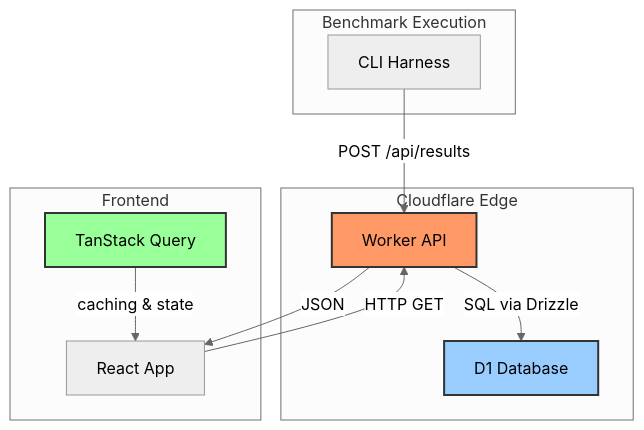
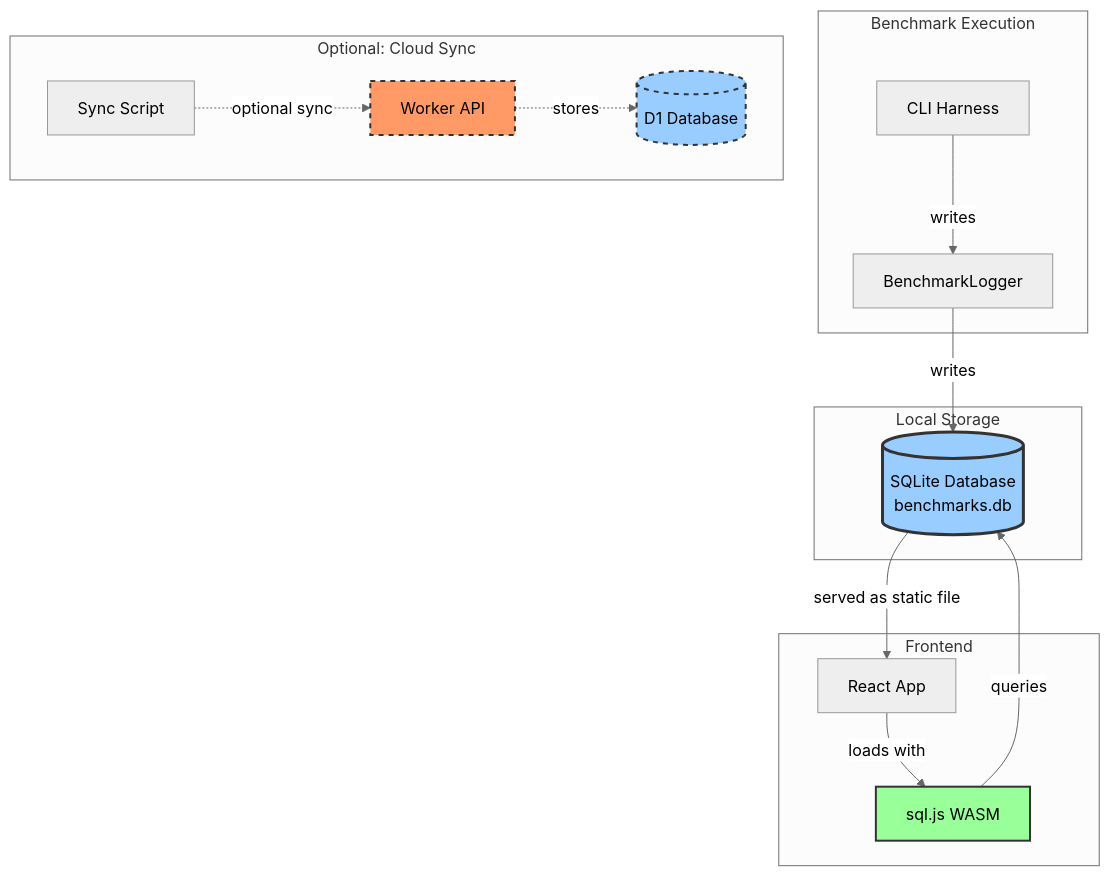
The first of 19 diagrams in ARCHITECTURE.md (ZephyrCloudIO/ze-benchmarks), drawn with Mermaid (neutral theme) before and after one commit. The commit also changed other lines of this file and 10 other files, not shown here.

````diff
--- a/ARCHITECTURE.md
+++ b/ARCHITECTURE.md
@@ -56,26 +36,36 @@
 ```mermaid
 graph TB
     subgraph "Benchmark Execution"
         A[CLI Harness]
+        B[BenchmarkLogger]
     end
 
-    subgraph "Cloudflare Edge"
-        B[Worker API]
-        C[D1 Database]
+    subgraph "Local Storage"
+        C[(SQLite Database<br/>benchmarks.db)]
     end
 
     subgraph "Frontend"
         D[React App]
-        E[TanStack Query]
+        E[sql.js WASM]
     end
 
-    A -->|POST /api/results| B
-    B -->|SQL via Drizzle| C
-    D -->|HTTP GET| B
-    B -->|JSON| D
-    E -->|caching & state| D
+    subgraph "Optional: Cloud Sync"
+        F[Worker API]
+        G[(D1 Database)]
+        H[Sync Script]
+    end
 
-    style B fill:#f96,stroke:#333,stroke-width:2px
-    style C fill:#9cf,stroke:#333,stroke-width:2px
+    A -->|writes| B
+    B -->|writes| C
+    C -->|served as static file| D
+    D -->|loads with| E
+    E -->|queries| C
+    
+    H -.->|optional sync| F
+    F -.->|stores| G
+
+    style C fill:#9cf,stroke:#333,stroke-width:3px
     style E fill:#9f9,stroke:#333,stroke-width:2px
+    style F fill:#f96,stroke:#333,stroke-width:2px,stroke-dasharray: 5 5
+    style G fill:#9cf,stroke:#333,stroke-width:2px,stroke-dasharray: 5 5
 ```
````
